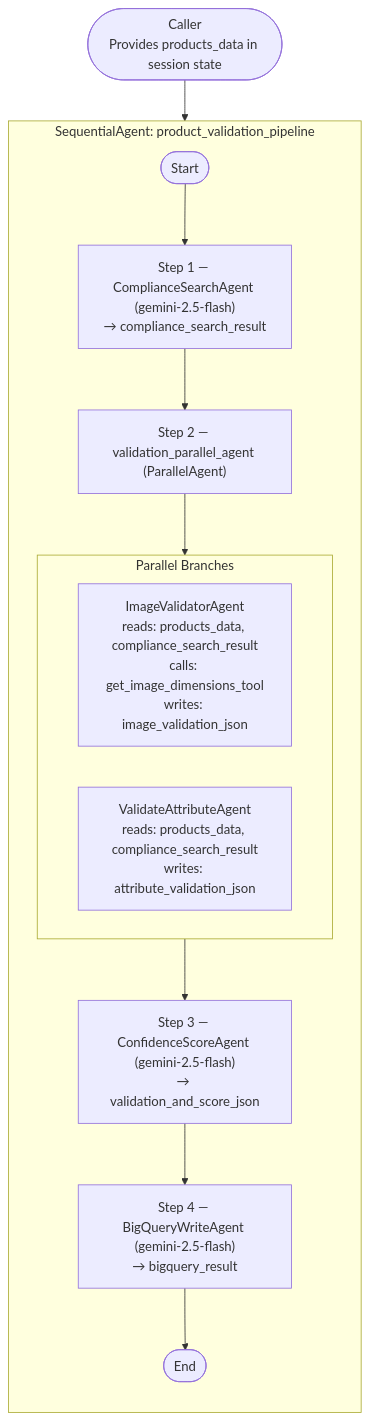
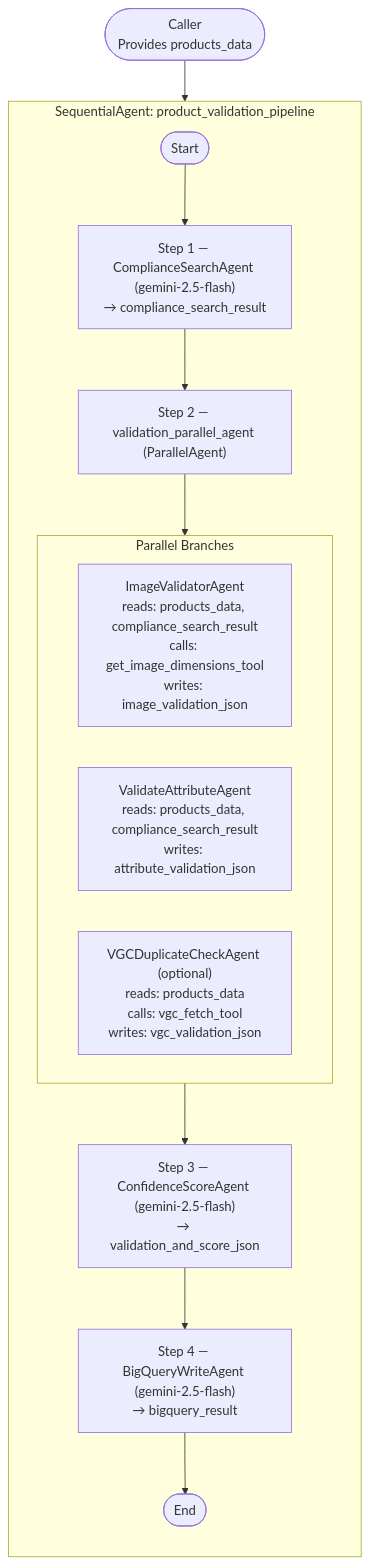
One commit to rvemula-deloitte/poc-image-features changed the diagram in docs/technical_design_document.md. Above: the diagram before and after it, drawn with Mermaid. The commit also changed other lines of this file and 3 other files, not shown here.

````diff
--- a/docs/technical_design_document.md
+++ b/docs/technical_design_document.md
@@ -372,23 +401,24 @@
 ```mermaid
 flowchart TD
-  A([Caller\nProvides products_data in session state]) --> ROOT
+  A([Caller\nProvides products_data]) --> ROOT
 
   subgraph ROOT["SequentialAgent: product_validation_pipeline"]
     direction TB
 
     S1["Step 1 — ComplianceSearchAgent (gemini-2.5-flash)\n→ compliance_search_result"]
     S2["Step 2 — validation_parallel_agent (ParallelAgent)"]
     S3["Step 3 — ConfidenceScoreAgent (gemini-2.5-flash)\n→ validation_and_score_json"]
     S4["Step 4 — BigQueryWriteAgent (gemini-2.5-flash)\n→ bigquery_result"]
 
     ROOT_START([Start]) --> S1 --> S2
 
     subgraph PAR["Parallel Branches"]
       direction LR
       B1["ImageValidatorAgent\nreads: products_data, compliance_search_result\ncalls: get_image_dimensions_tool\nwrites: image_validation_json"]
       B2["ValidateAttributeAgent\nreads: products_data, compliance_search_result\nwrites: attribute_validation_json"]
+      B3["VGCDuplicateCheckAgent (optional)\nreads: products_data\ncalls: vgc_fetch_tool\nwrites: vgc_validation_json"]
     end
 
     S2 --> PAR --> S3 --> S4 --> ROOT_END([End])
   end
 ```
````
